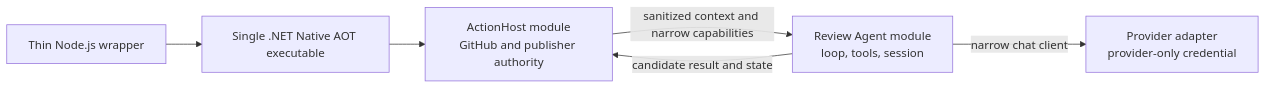
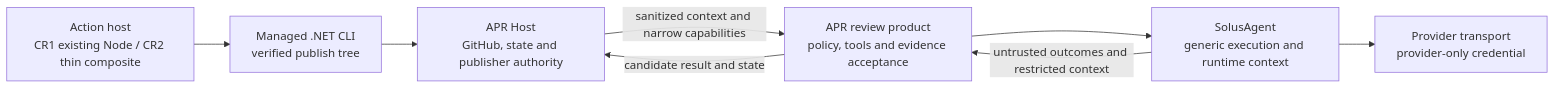
One commit to SolusQuest/agentic-pr-review changed the diagram in docs/20_architecture/architecture.md. Above: the diagram before and after it, drawn with Mermaid. The commit also changed other lines of this file and 13 other files, not shown here.

````diff
--- a/docs/20_architecture/architecture.md
+++ b/docs/20_architecture/architecture.md
@@ -51,8 +47,10 @@
 ```mermaid
 flowchart LR
-    Wrapper["Thin Node.js wrapper"] --> App["Single .NET Native AOT executable"]
-    App --> Host["ActionHost module<br/>GitHub and publisher authority"]
-    Host -->|"sanitized context and narrow capabilities"| Agent["Review Agent module<br/>loop, tools, session"]
-    Agent -->|"narrow chat client"| Provider["Provider adapter<br/>provider-only credential"]
-    Agent -->|"candidate result and state"| Host
+    Wrapper["Action host<br/>CR1 existing Node / CR2 thin composite"] --> App["Managed .NET CLI<br/>verified publish tree"]
+    App --> Host["APR Host<br/>GitHub, state and publisher authority"]
+    Host -->|"sanitized context and narrow capabilities"| Product["APR review product<br/>policy, tools and evidence acceptance"]
+    Product --> Runtime["SolusAgent<br/>generic execution and runtime context"]
+    Runtime --> Provider["Provider transport<br/>provider-only credential"]
+    Runtime -->|"untrusted outcomes and restricted context"| Product
+    Product -->|"candidate result and state"| Host
 ```
````
